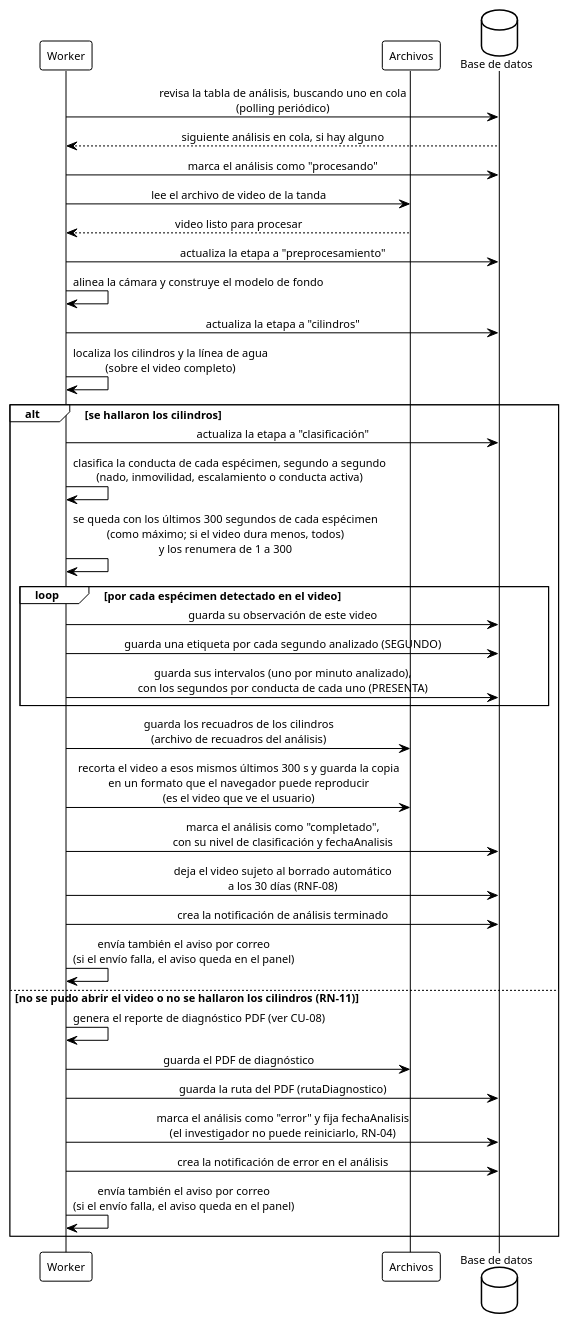
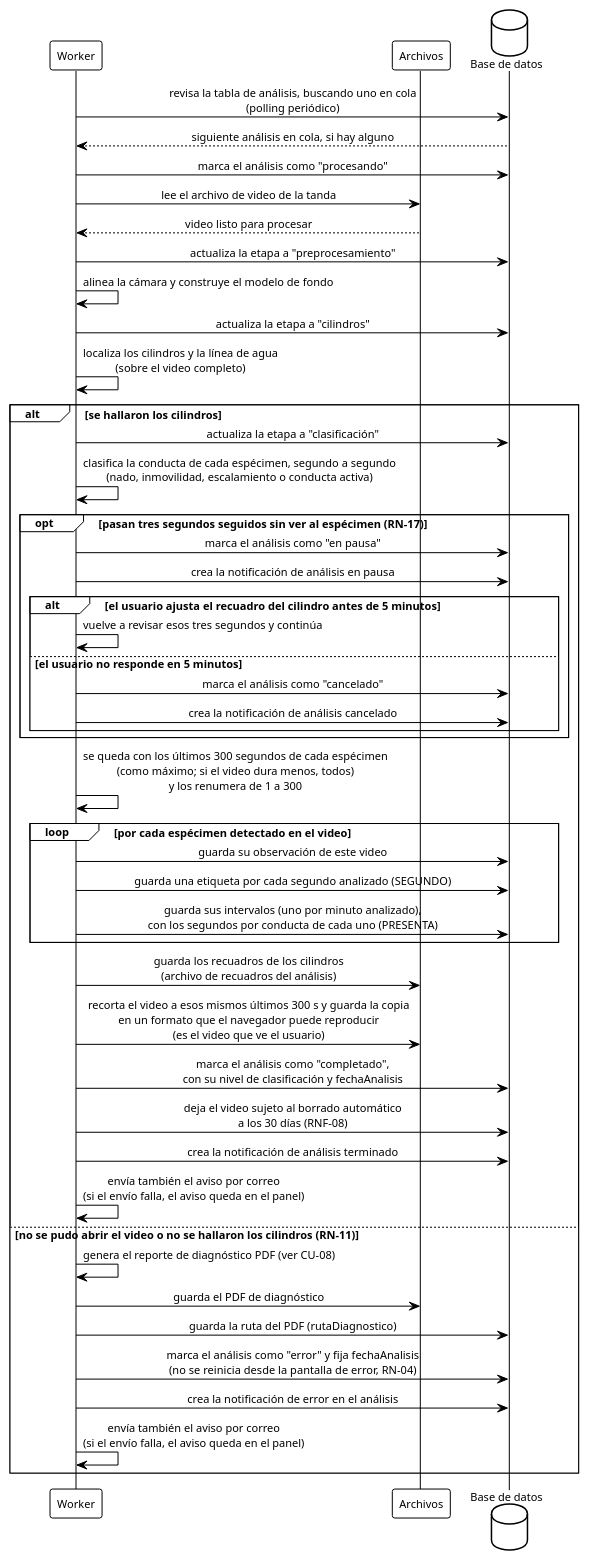
The diagram in diagramas/seq_analisis_automatico.puml (ErickJester/fst-ai-system-latex), drawn with PlantUML before and after one commit. The commit also changed 22 other files, not shown here.

```diff
--- a/diagramas/seq_analisis_automatico.puml
+++ b/diagramas/seq_analisis_automatico.puml
@@ -1,104 +1,115 @@
 @startuml seq_analisis_automatico
 ' ================================================================
 '  Secuencia - Analisis automatico (ejecucion del pipeline por el Worker)
 '  Base de datos FST | TT 2026-B066 | ESCOM-IPN
 '  Frausto Robles Angel Ali . Rodriguez Verdin Sandoval Vanesa
 ' ----------------------------------------------------------------
 '  Reemplaza a figures/mermaid/seq_analisis.png. Cubre el curso normal
 '  de CU-07 "Monitorear progreso del analisis" (chapters/05_diseno.tex:
 '  1425-1468), la parte que ejecuta el Worker -- no la pantalla de
 '  progreso ni el reporte de diagnostico, que siguen siendo diagramas
 '  aparte (seq_progreso, seq_error) y quedan pendientes por decision
 '  explicita del usuario (13-sep): no fusionar los tres en uno solo.
 '
 '  Que cambia respecto del diagrama viejo, con fuente:
 '  - Participante "Pipeline IA" eliminado. El pipeline no es un
 '    componente aparte, es el propio Worker ejecutando sus tres
 '    etapas (CU-07, paso 2: "el Worker ejecuta el pipeline completo").
 '    Ademas evita el termino prohibido "IA" (CLAUDE.md, terminologia):
 '    las etapas de preprocesamiento/cilindros son vision por computadora,
 '    la de clasificacion es aprendizaje supervisado.
 '  - "Rastrea a los animales" -> "rastrea a los especimenes"
 '    (terminologia obligatoria, CLAUDE.md).
 '  - "Detecta las zonas de interes" -> "detecta los cilindros", igual
 '    a como lo nombra CU-07 paso 4, y agrega el umbral de confianza
 '    0.70 de RN-11 -- el diagrama viejo no tenia el curso alterno de
 '    error (CU-07, alterno del paso 4): confianza < 0.70 detiene el
 '    pipeline, marca el analisis en estado "error" (D-15) y genera el
 '    reporte de diagnostico (CU-08). El investigador no puede
 '    reiniciar el analisis (RN-04) -- por eso el pipeline no reintenta,
 '    solo se detiene.
 '  - "Guarda los resultados por animal" (un paso plano) -> se abre en
 '    la jerarquia real del modelo: por cada especimen, una OBSERVACION
 '    de este video, con sus 5 INTERVALO y los segundos por conducta en
 '    cada uno (PRESENTA) -- nada de esto se guarda como total, los
 '    totales se derivan en consulta (ver seq_consulta_resultados.puml).
 '  - Se agrega el registro del nivel de clasificacion (D-17, 13-sep):
 '    el Worker etiqueta el analisis como "preciso" o "agrupado" segun
 '    la capacidad del modelo activo (RN-13, F1 >= 85% por conducta) --
 '    esto no se calcula por video, es una propiedad conocida del
 '    modelo/configuracion en uso (idConfig), no una decision en vivo.
 '  - Los nombres de etapa vienen de D-16, revisado el 5-oct: preproce-
 '    samiento, cilindros, clasificacion. La etapa de seguimiento se
 '    quito porque el pipeline real no usa tracker (un especimen por
 '    cilindro).
 '  - Se agrega la eliminacion programada del video (RNF-08, 30 dias
 '    tras terminar el analisis) -- ya estaba en el diagrama viejo, se
 '    conserva igual porque sigue vigente.
 '
 '  Generar:
 '      java -jar plantuml.jar -tpng diagramas/seq_analisis_automatico.puml
 ' ================================================================
 
 !theme plain
 skinparam defaultFontName Arial
 skinparam defaultFontSize 11
 skinparam shadowing false
 skinparam sequenceMessageAlign center
 skinparam BoxPadding 10
 
 participant Worker as w
 participant "Archivos" as fs
 database "Base de datos" as db
 
 w -> db: revisa la tabla de análisis, buscando uno en cola\n(polling periódico)
 db --> w: siguiente análisis en cola, si hay alguno
 w -> db: marca el análisis como "procesando"
 
 w -> fs: lee el archivo de video de la tanda
 fs --> w: video listo para procesar
 
 w -> db: actualiza la etapa a "preprocesamiento"
 w -> w: alinea la cámara y construye el modelo de fondo
 
 w -> db: actualiza la etapa a "cilindros"
 w -> w: localiza los cilindros y la línea de agua\n(sobre el video completo)
 
 alt se hallaron los cilindros
   w -> db: actualiza la etapa a "clasificación"
   w -> w: clasifica la conducta de cada espécimen, segundo a segundo\n(nado, inmovilidad, escalamiento o conducta activa)
+  opt pasan tres segundos seguidos sin ver al espécimen (RN-17)
+    w -> db: marca el análisis como "en pausa"
+    w -> db: crea la notificación de análisis en pausa
+    alt el usuario ajusta el recuadro del cilindro antes de 5 minutos
+      w -> w: vuelve a revisar esos tres segundos y continúa
+    else el usuario no responde en 5 minutos
+      w -> db: marca el análisis como "cancelado"
+      w -> db: crea la notificación de análisis cancelado
+    end
+  end
+
   w -> w: se queda con los últimos 300 segundos de cada espécimen\n(como máximo; si el video dura menos, todos)\ny los renumera de 1 a 300
 
   loop por cada espécimen detectado en el video
     w -> db: guarda su observación de este video
     w -> db: guarda una etiqueta por cada segundo analizado (SEGUNDO)
     w -> db: guarda sus intervalos (uno por minuto analizado),\ncon los segundos por conducta de cada uno (PRESENTA)
   end
 
   w -> fs: guarda los recuadros de los cilindros\n(archivo de recuadros del análisis)
   w -> fs: recorta el video a esos mismos últimos 300 s y guarda la copia\nen un formato que el navegador puede reproducir\n(es el video que ve el usuario)
 
   w -> db: marca el análisis como "completado",\ncon su nivel de clasificación y fechaAnalisis
   w -> db: deja el video sujeto al borrado automático\na los 30 días (RNF-08)
   w -> db: crea la notificación de análisis terminado
   w -> w: envía también el aviso por correo\n(si el envío falla, el aviso queda en el panel)
 else no se pudo abrir el video o no se hallaron los cilindros (RN-11)
   w -> w: genera el reporte de diagnóstico PDF (ver CU-08)
   w -> fs: guarda el PDF de diagnóstico
   w -> db: guarda la ruta del PDF (rutaDiagnostico)
-  w -> db: marca el análisis como "error" y fija fechaAnalisis\n(el investigador no puede reiniciarlo, RN-04)
+  w -> db: marca el análisis como "error" y fija fechaAnalisis\n(no se reinicia desde la pantalla de error, RN-04)
   w -> db: crea la notificación de error en el análisis
   w -> w: envía también el aviso por correo\n(si el envío falla, el aviso queda en el panel)
 end
 
 @enduml
```
